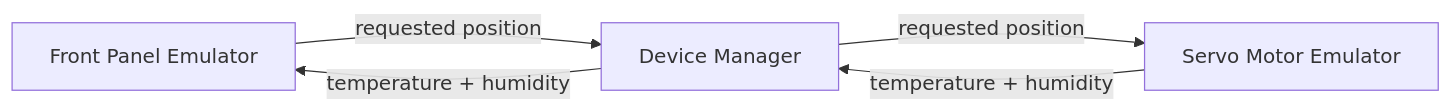
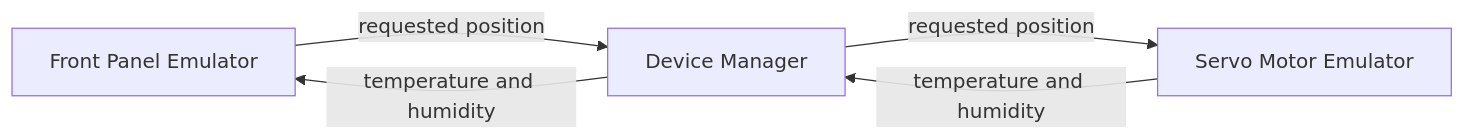
One commit to binarypalette/labview_frameworks changed the diagram in reference_app/SPEC.md. Above: the diagram before and after it, drawn with Mermaid. The commit also changed other lines of this file, not shown here.

Commit message:
Fix image paths in SPEC.md
Updated image paths in the documentation to remove the 'images/' prefix. Fixed mermaid flowchart.

````diff
--- a/reference_app/SPEC.md
+++ b/reference_app/SPEC.md
@@ -17,7 +17,7 @@
 ```mermaid
 flowchart LR
-    FPE["Front Panel Emulator"] -- "requested position" --> DM["Device Manager"]
-    DM -- "requested position" --> SME["Servo Motor Emulator"]
-    SME -- "temperature + humidity" --> DM
-    DM -- "temperature + humidity" --> FPE
+    FPE[Front Panel Emulator] -->|requested position| DM[Device Manager]
+    DM -->|requested position| SME[Servo Motor Emulator]
+    SME -->|temperature and humidity| DM
+    DM -->|temperature and humidity| FPE
 ```
````
